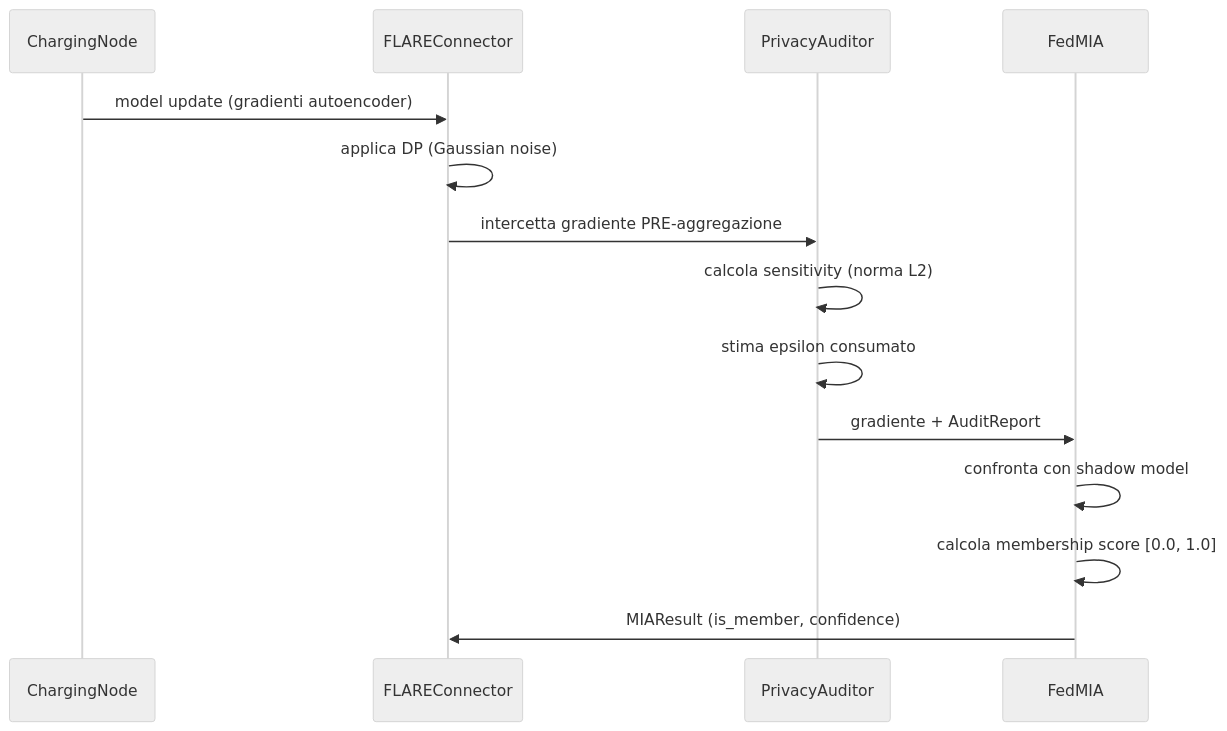
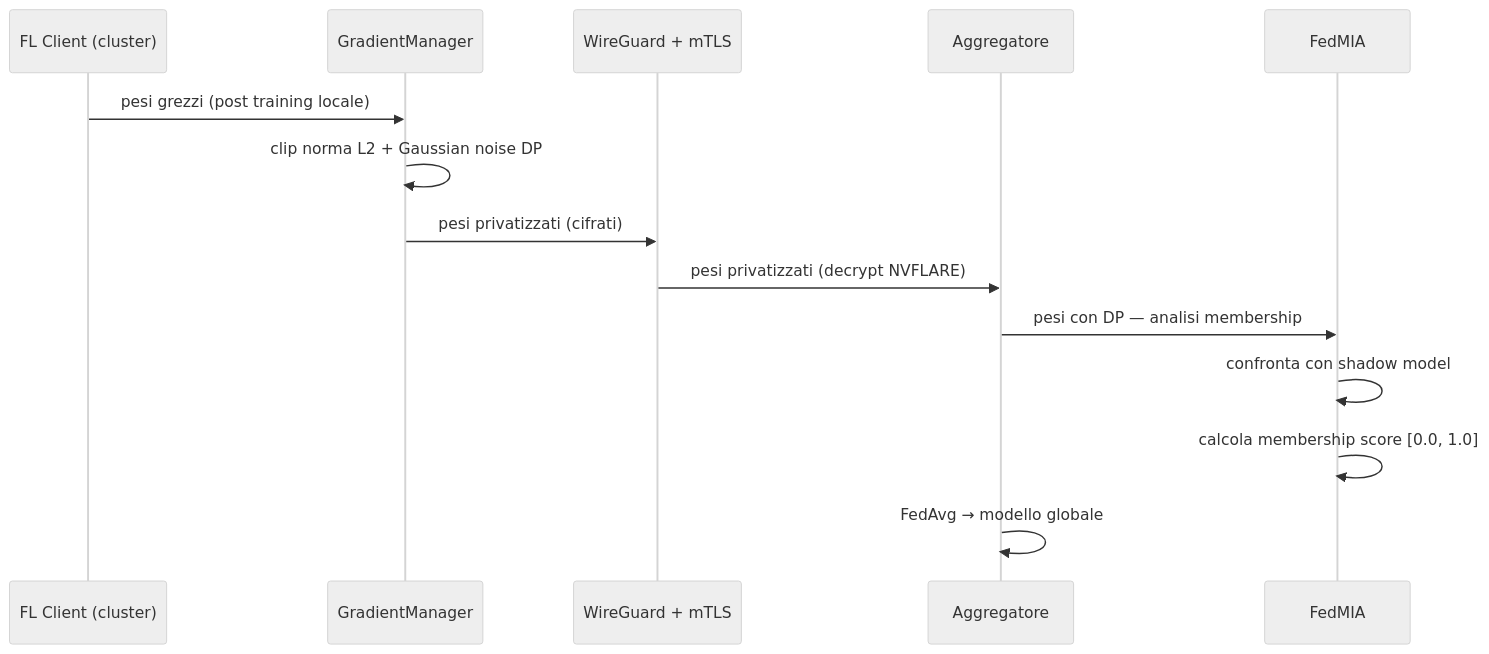
Before and after one commit to susetta85/ChargeShield-FL: the second of 2 diagrams in docs/ThreatModel.md, drawn with Mermaid (neutral theme). The commit also changed other lines of this file and 3 other files, not shown here.

````diff
--- a/docs/ThreatModel.md
+++ b/docs/ThreatModel.md
@@ -101,17 +95,17 @@
 ```mermaid
 sequenceDiagram
-    participant N as ChargingNode
-    participant FL as FLAREConnector
-    participant PA as PrivacyAuditor
+    participant C as FL Client (cluster)
+    participant GM as GradientManager
+    participant NET as WireGuard + mTLS
+    participant AGG as Aggregatore
     participant MIA as FedMIA
 
-    N->>FL: model update (gradienti autoencoder)
-    FL->>FL: applica DP (Gaussian noise)
-    FL->>PA: intercetta gradiente PRE-aggregazione
-    PA->>PA: calcola sensitivity (norma L2)
-    PA->>PA: stima epsilon consumato
-    PA->>MIA: gradiente + AuditReport
+    C->>GM: pesi grezzi (post training locale)
+    GM->>GM: clip norma L2 + Gaussian noise DP
+    GM->>NET: pesi privatizzati (cifrati)
+    NET->>AGG: pesi privatizzati (decrypt NVFLARE)
+    AGG->>MIA: pesi con DP — analisi membership
     MIA->>MIA: confronta con shadow model
     MIA->>MIA: calcola membership score [0.0, 1.0]
-    MIA->>FL: MIAResult (is_member, confidence)
+    AGG->>AGG: FedAvg → modello globale
 ```
````
